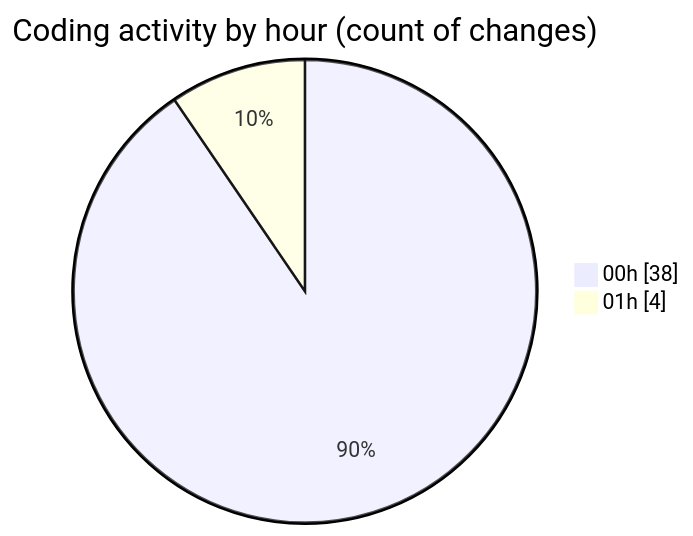
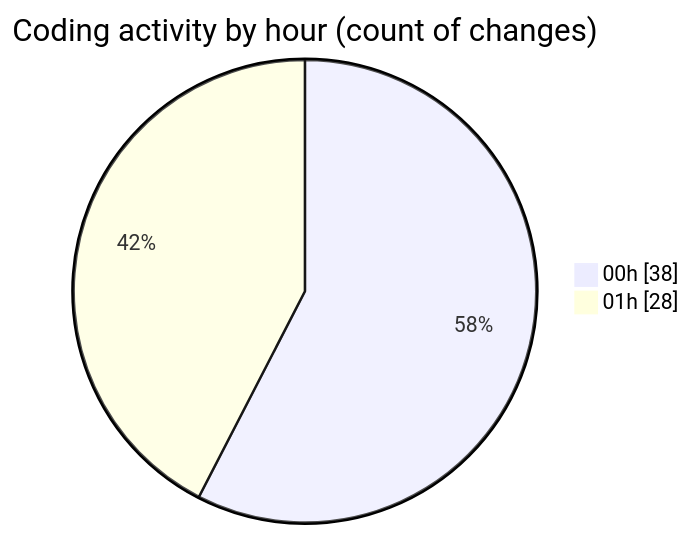
One commit to lephambinh05/code-tracking changed the second of 2 diagrams in 2025-07-27/quanlyrapchieuphim-1/README.md. Above: the diagram before and after it, drawn with Mermaid. The commit also changed other lines of this file and 1 other file, not shown here.

````diff
--- a/2025-07-27/quanlyrapchieuphim-1/README.md
+++ b/2025-07-27/quanlyrapchieuphim-1/README.md
@@ -42,6 +51,6 @@
 ```mermaid
 pie showData
 title Coding activity by hour (count of changes)
 "00h" : 38
-"01h" : 4
+"01h" : 28
 ```
````
